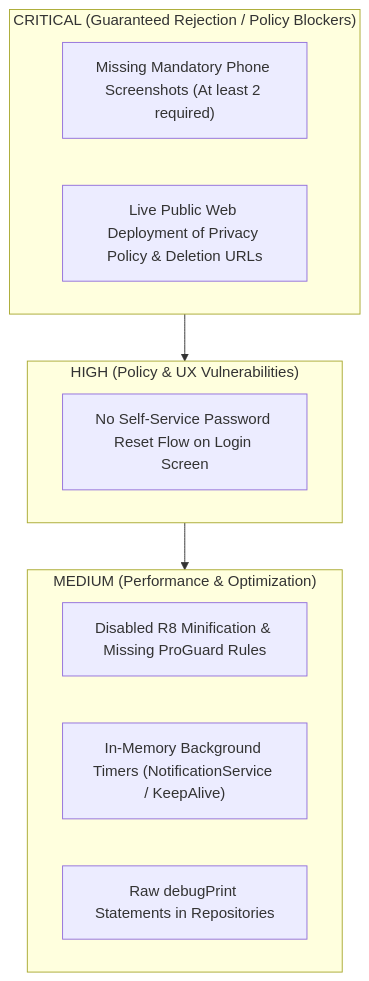
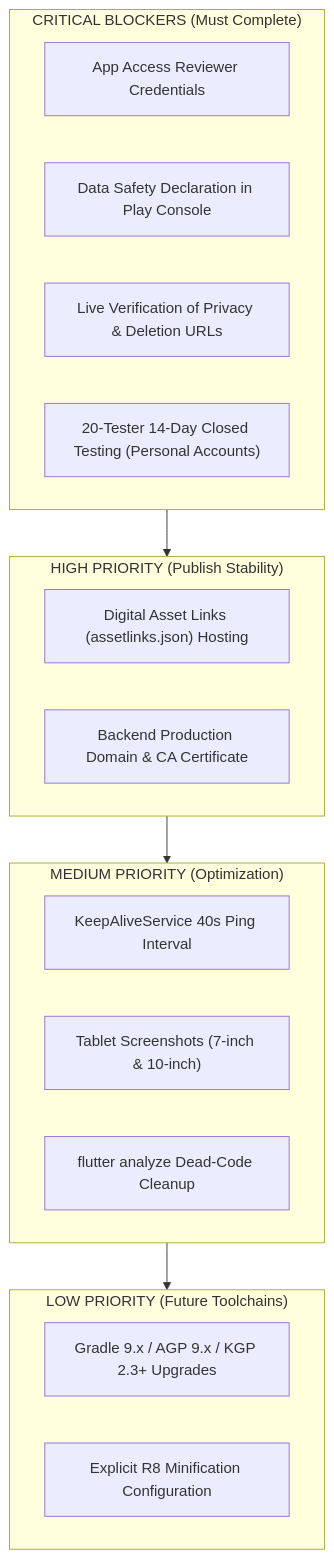
Before and after one commit to Naman-Punamiya/Tracklet-SaveBuddy: the diagram in expense_tracker/PLAY_STORE_READINESS_REPORT.md, drawn with Mermaid. The commit also changed other lines of this file and 108 other files, not shown here.

````diff
--- a/expense_tracker/PLAY_STORE_READINESS_REPORT.md
+++ b/expense_tracker/PLAY_STORE_READINESS_REPORT.md
@@ -177,16 +179,24 @@
 ```mermaid
 flowchart TD
-    subgraph Critical ["CRITICAL (Guaranteed Rejection / Policy Blockers)"]
-        C1["Missing Mandatory Phone Screenshots (At least 2 required)"]
-        C2["Live Public Web Deployment of Privacy Policy & Deletion URLs"]
+    subgraph CRITICAL["CRITICAL BLOCKERS (Must Complete)"]
+        C1["App Access Reviewer Credentials"]
+        C2["Data Safety Declaration in Play Console"]
+        C3["Live Verification of Privacy & Deletion URLs"]
+        C4["20-Tester 14-Day Closed Testing (Personal Accounts)"]
     end
-    subgraph High ["HIGH (Policy & UX Vulnerabilities)"]
-        H1["No Self-Service Password Reset Flow on Login Screen"]
+    subgraph HIGH["HIGH PRIORITY (Publish Stability)"]
+        H1["Digital Asset Links (assetlinks.json) Hosting"]
+        H2["Backend Production Domain & CA Certificate"]
     end
-    subgraph Medium ["MEDIUM (Performance & Optimization)"]
-        M1["Disabled R8 Minification & Missing ProGuard Rules"]
-        M2["In-Memory Background Timers (NotificationService / KeepAlive)"]
-        M3["Raw debugPrint Statements in Repositories"]
+    subgraph MEDIUM["MEDIUM PRIORITY (Optimization)"]
+        M1["KeepAliveService 40s Ping Interval"]
+        M2["Tablet Screenshots (7-inch & 10-inch)"]
+        M3["flutter analyze Dead-Code Cleanup"]
     end
-    Critical --> High --> Medium
+    subgraph LOW["LOW PRIORITY (Future Toolchains)"]
+        L1["Gradle 9.x / AGP 9.x / KGP 2.3+ Upgrades"]
+        L2["Explicit R8 Minification Configuration"]
+    end
+
+    CRITICAL --> HIGH --> MEDIUM --> LOW
 ```
````
